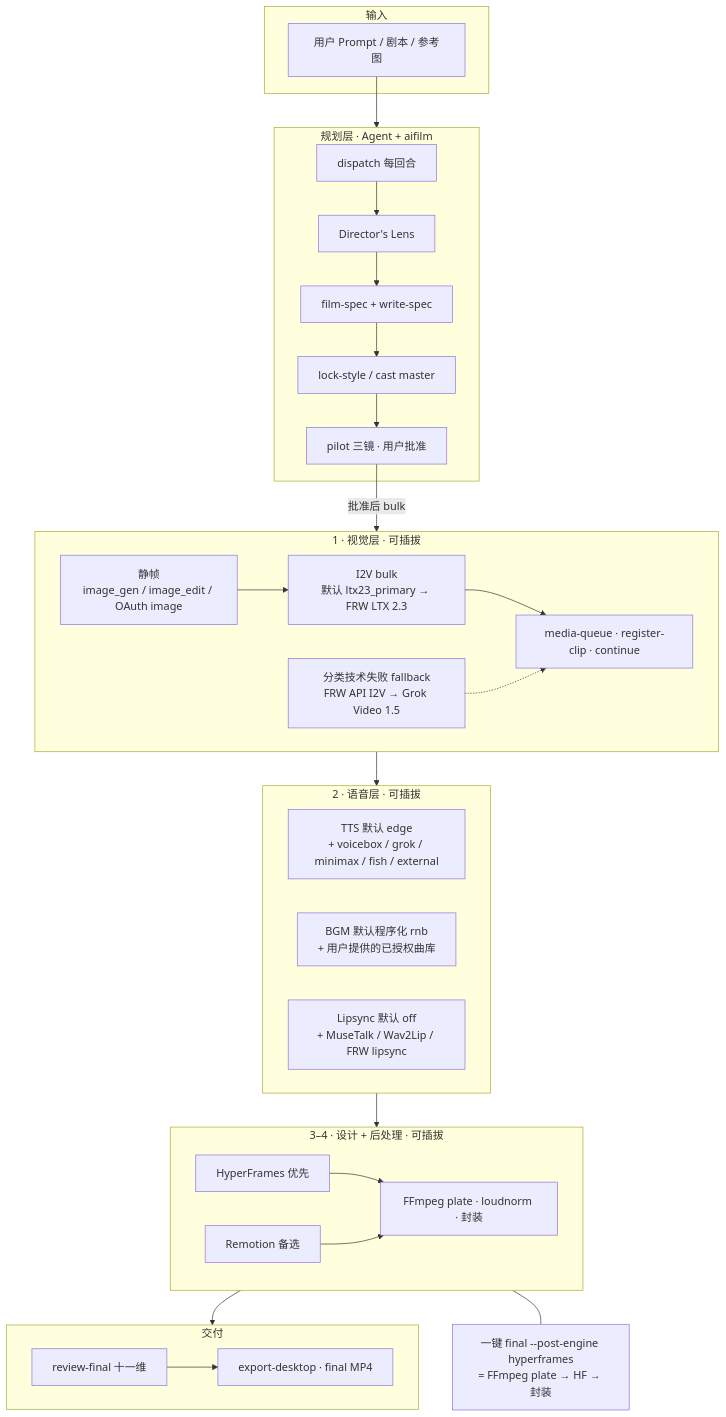
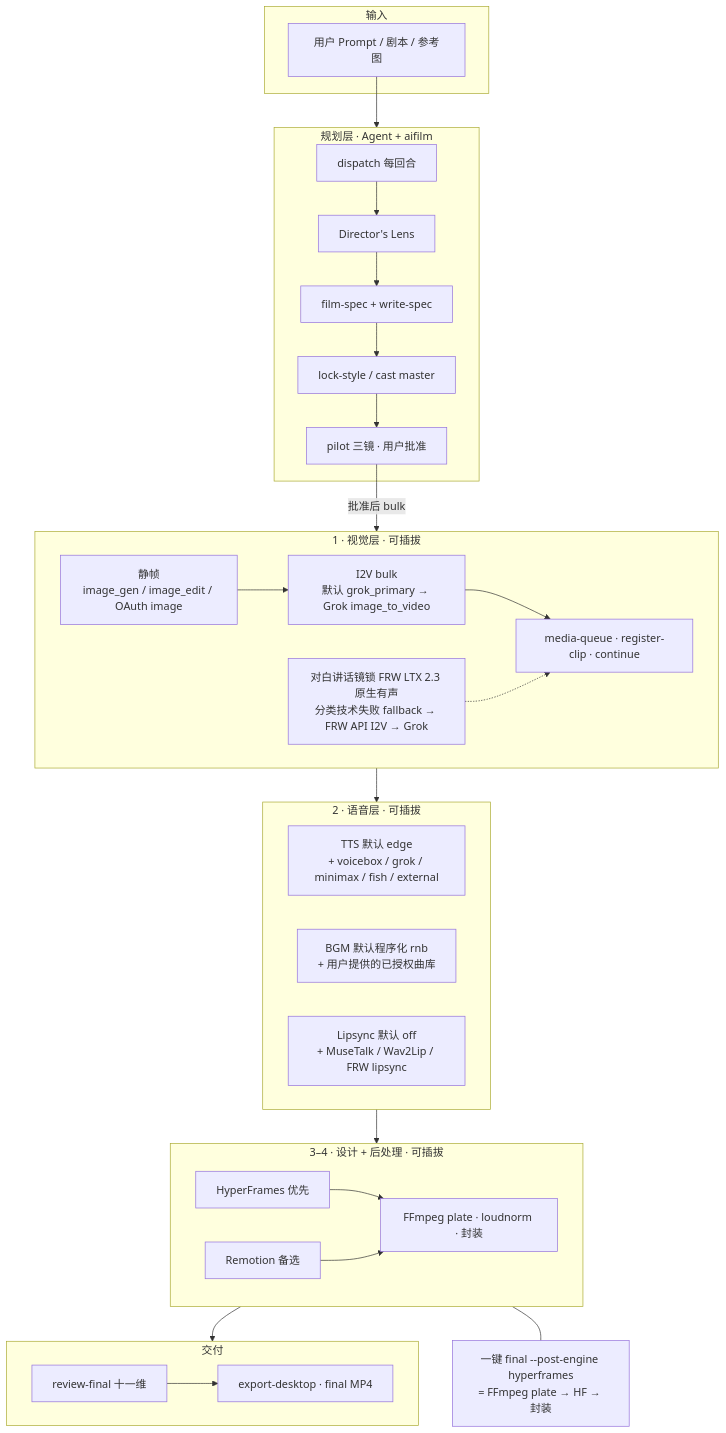
One commit to sooneocean/ai-film-grok changed the diagram in README.md. Above: the diagram before and after it, drawn with Mermaid. The commit also changed other lines of this file and 22 other files, not shown here.

First line of the commit message:
fix(release): land story_contract draft API and grok_primary defaults (v2.31.15)

````diff
--- a/README.md
+++ b/README.md
@@ -171,53 +171,53 @@
 ```mermaid
 flowchart TB
   subgraph IN["输入"]
     P["用户 Prompt / 剧本 / 参考图"]
   end
 
   subgraph AGENT["规划层 · Agent + aifilm"]
     D["dispatch 每回合"]
     L["Director's Lens"]
     S["film-spec + write-spec"]
     STY["lock-style / cast master"]
     PI["pilot 三镜 · 用户批准"]
     D --> L --> S --> STY --> PI
   end
 
   subgraph VIS["1 · 视觉层 · 可插拔"]
     STILL["静帧<br/>image_gen / image_edit / OAuth image"]
-    I2V["I2V bulk<br/>默认 ltx23_primary → FRW LTX 2.3"]
-    FRW["分类技术失败 fallback<br/>FRW API I2V → Grok Video 1.5"]
+    I2V["I2V bulk<br/>默认 grok_primary → Grok image_to_video"]
+    FRW["对白讲话镜锁 FRW LTX 2.3 原生有声<br/>分类技术失败 fallback → FRW API I2V → Grok"]
     Q["media-queue · register-clip · continue"]
     STILL --> I2V --> Q
     FRW -.-> Q
   end
 
   subgraph VOI["2 · 语音层 · 可插拔"]
     TTS["TTS 默认 edge<br/>+ voicebox / grok / minimax / fish / external"]
     BGM["BGM 默认程序化 rnb<br/>+ 用户提供的已授权曲库"]
     LIP["Lipsync 默认 off<br/>+ MuseTalk / Wav2Lip / FRW lipsync"]
   end
 
   subgraph POST["3–4 · 设计 + 后处理 · 可插拔"]
     HF["HyperFrames 优先"]
     REM["Remotion 备选"]
     FF["FFmpeg plate · loudnorm · 封装"]
     HF --> FF
     REM --> FF
   end
 
   subgraph OUT["交付"]
     RV["review-final 十一维"]
     EX["export-desktop · final MP4"]
     RV --> EX
   end
 
   P --> AGENT
   PI -->|批准后 bulk| VIS
   VIS --> VOI
   VOI --> POST
   POST --> OUT
 
   note1["一键 final --post-engine hyperframes<br/>= FFmpeg plate → HF → 封装"]
   POST --- note1
 ```
````
